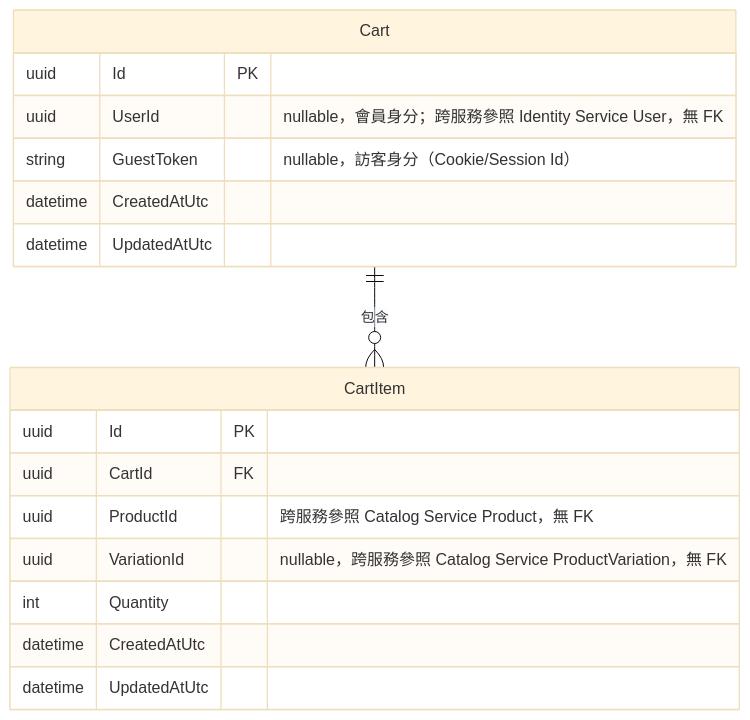
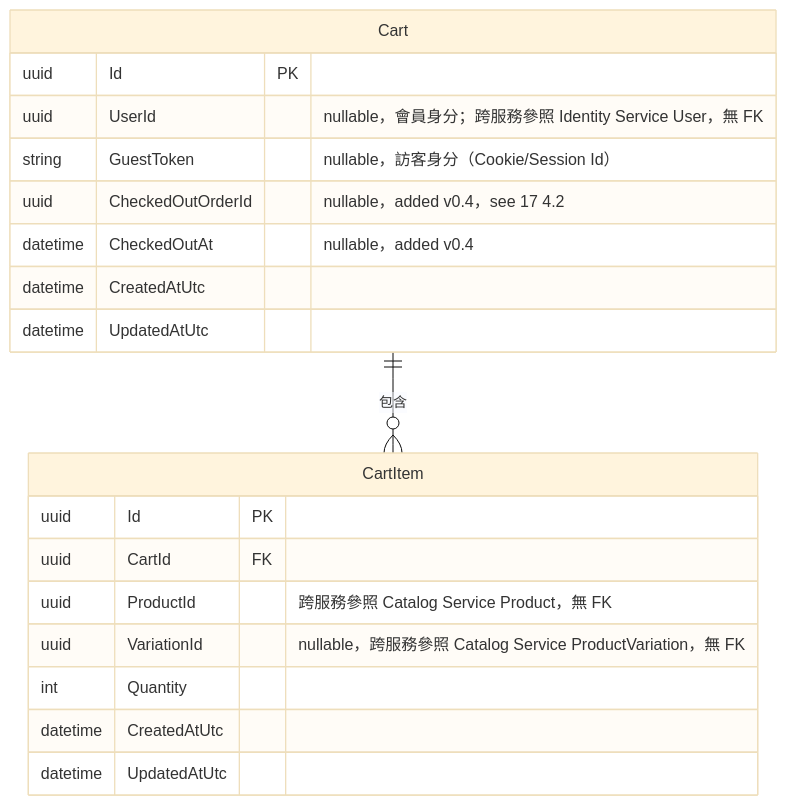
Before and after one commit to roycecole/suxo-shop-spec: the diagram in docs/15-service-cart.md, drawn with Mermaid (base theme). The commit also changed other lines of this file and 4 other files, not shown here.

````diff
--- a/docs/15-service-cart.md
+++ b/docs/15-service-cart.md
@@ -25,21 +26,23 @@
 ```mermaid
 erDiagram
     Cart ||--o{ CartItem : "包含"
 
     Cart {
         uuid Id PK
         uuid UserId "nullable，會員身分；跨服務參照 Identity Service User，無 FK"
         string GuestToken "nullable，訪客身分（Cookie/Session Id）"
+        uuid CheckedOutOrderId "nullable，added v0.4，see 17 4.2"
+        datetime CheckedOutAt "nullable，added v0.4"
         datetime CreatedAtUtc
         datetime UpdatedAtUtc
     }
     CartItem {
         uuid Id PK
         uuid CartId FK
         uuid ProductId "跨服務參照 Catalog Service Product，無 FK"
         uuid VariationId "nullable，跨服務參照 Catalog Service ProductVariation，無 FK"
         int Quantity
         datetime CreatedAtUtc
         datetime UpdatedAtUtc
     }
 ```
````
